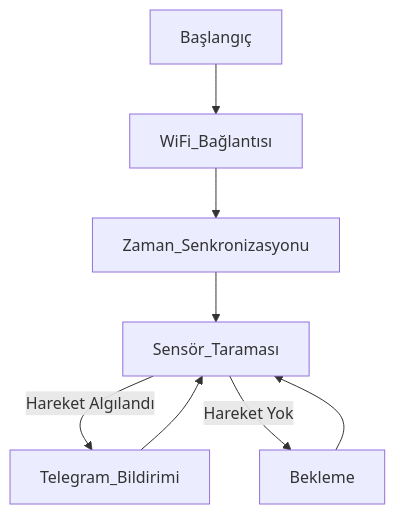
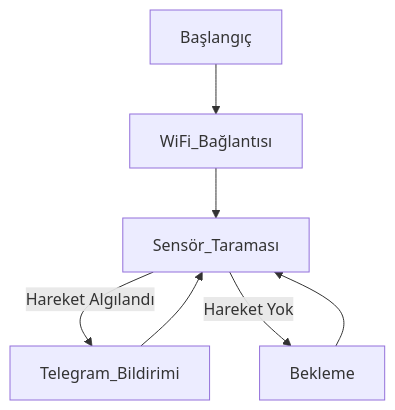
Before and after one commit to ezgiaydiiin/IOT_Hareket_Algilayici_Guvenlik_Sistemi: the diagram in AraRapor/AraRapor.md, drawn with Mermaid. The commit also changed other lines of this file, not shown here.

````diff
--- a/AraRapor/AraRapor.md
+++ b/AraRapor/AraRapor.md
@@ -92,10 +94,9 @@
 ```mermaid
 graph TD;
     Başlangıç --> WiFi_Bağlantısı
-    WiFi_Bağlantısı --> Zaman_Senkronizasyonu
-    Zaman_Senkronizasyonu --> Sensör_Taraması
+    WiFi_Bağlantısı --> Sensör_Taraması
     Sensör_Taraması -->|Hareket Algılandı| Telegram_Bildirimi
     Telegram_Bildirimi --> Sensör_Taraması
     Sensör_Taraması -->|Hareket Yok| Bekleme
     Bekleme --> Sensör_Taraması
 ```
````
